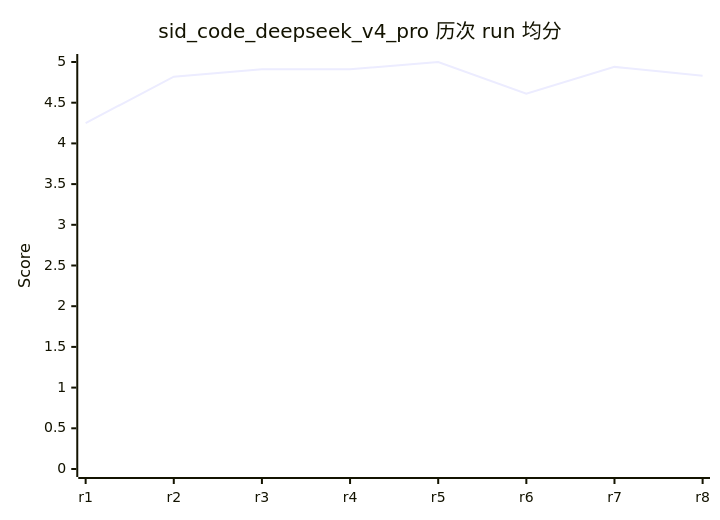
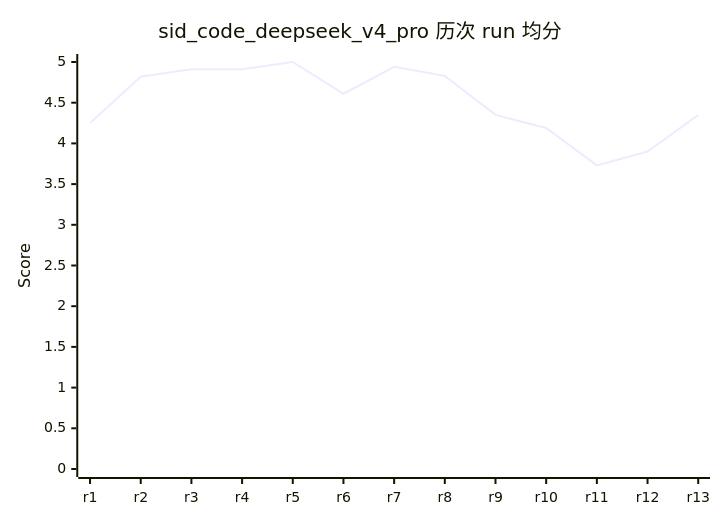
The seventh of 58 diagrams in evals/DASHBOARD.md (rushengzhou/sid-code), drawn with Mermaid before and after one commit. The commit also changed other lines of this file and 34 other files, not shown here.

````diff
--- a/evals/DASHBOARD.md
+++ b/evals/DASHBOARD.md
@@ -212,7 +217,7 @@
 ```mermaid
 xychart-beta
     title "sid_code_deepseek_v4_pro 历次 run 均分"
-    x-axis [r1, r2, r3, r4, r5, r6, r7, r8]
+    x-axis [r1, r2, r3, r4, r5, r6, r7, r8, r9, r10, r11, r12, r13]
     y-axis "Score" 0 --> 5
-    line [4.25, 4.82, 4.91, 4.91, 5.00, 4.61, 4.94, 4.83]
+    line [4.25, 4.82, 4.91, 4.91, 5.00, 4.61, 4.94, 4.83, 4.35, 4.19, 3.73, 3.90, 4.35]
 ```
````
